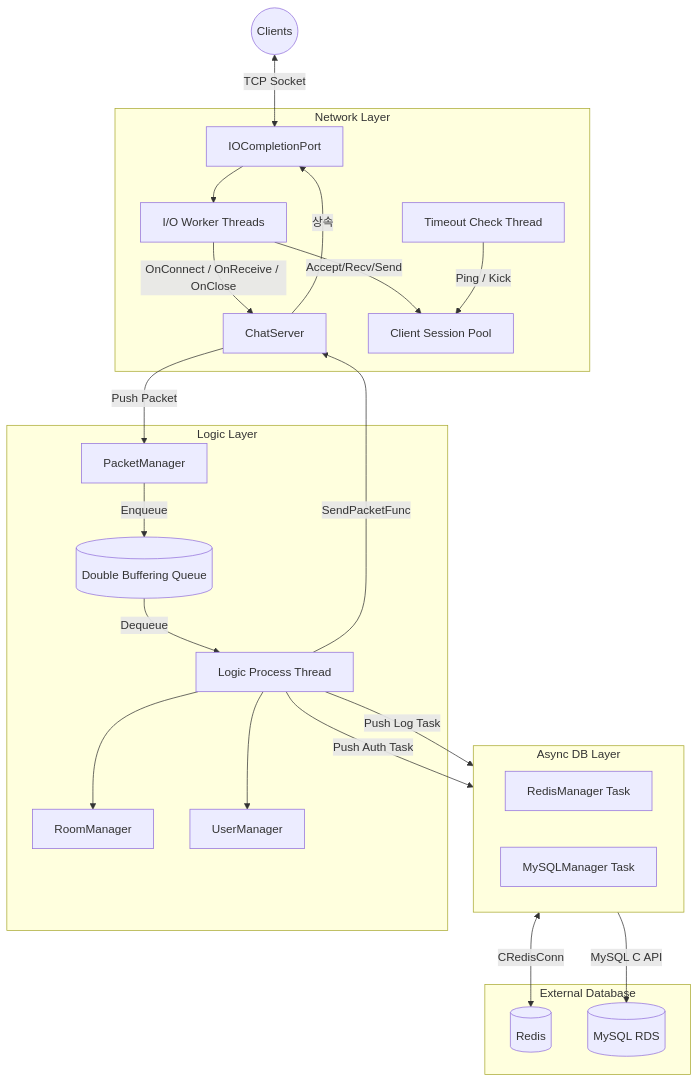
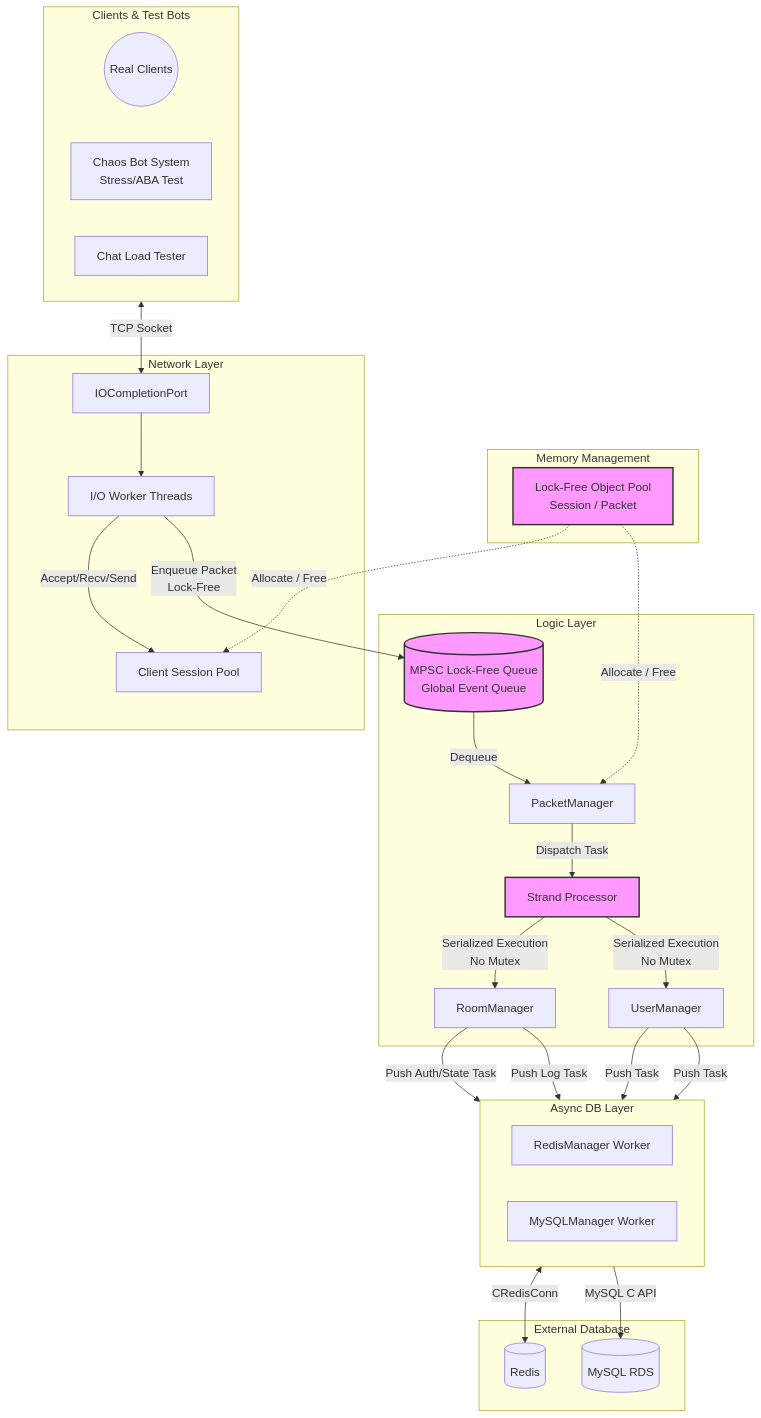
The third of 3 diagrams in README.md (kanghyoungwoo/IOCP), drawn with Mermaid before and after one commit.

Commit message:
아키텍

````diff
--- a/README.md
+++ b/README.md
@@ -322,58 +322,69 @@
 ```mermaid
 graph TD
-    %% 외부 클라이언트
-    Clients((Clients))
+    %% 외부 클라이언트 및 테스트 시스템
+    subgraph External_Clients [Clients & Test Bots]
+        Clients((Real Clients))
+        ChaosBot[Chaos Bot System\nStress/ABA Test]
+        LoadTester[Chat Load Tester]
+    end
+
+    %% 메모리 풀 레이어 (전역)
+    subgraph Memory_Layer [Memory Management]
+        MemPool[Lock-Free Object Pool\nSession / Packet]
+    end
 
     %% 네트워크 레이어 (IOCP)
     subgraph Network_Layer [Network Layer]
         IOCP[IOCompletionPort]
-        ChatServer[ChatServer]
         WorkerThreads[I/O Worker Threads]
         SessionPool[Client Session Pool]
-        TimeoutThread[Timeout Check Thread]
-
-        ChatServer -- 상속 --> IOCP
+        
         IOCP --> WorkerThreads
         WorkerThreads -->|Accept/Recv/Send| SessionPool
-        TimeoutThread -->|Ping / Kick| SessionPool
     end
 
-    %% 로직 레이어 (Packet Manager)
+    %% 로직 레이어 (Strand & Lock-Free)
     subgraph Logic_Layer [Logic Layer]
         PacketManager[PacketManager]
-        DoubleBuffer[(Double Buffering Queue)]
-        ProcessThread[Logic Process Thread]
+        GlobalQueue[(MPSC Lock-Free Queue\nGlobal Event Queue)]
+        StrandProcessor[Strand Processor]
         RoomMgr[RoomManager]
         UserMgr[UserManager]
 
-        PacketManager -->|Enqueue| DoubleBuffer
-        DoubleBuffer -->|Dequeue| ProcessThread
-        ProcessThread --> RoomMgr
-        ProcessThread --> UserMgr
+        WorkerThreads -->|Enqueue Packet\nLock-Free| GlobalQueue
+        GlobalQueue -->|Dequeue| PacketManager
+        PacketManager -->|Dispatch Task| StrandProcessor
+        StrandProcessor -->|Serialized Execution\nNo Mutex| RoomMgr
+        StrandProcessor -->|Serialized Execution\nNo Mutex| UserMgr
     end
 
     %% 비동기 DB 레이어
     subgraph DB_Layer [Async DB Layer]
         direction LR
-        RedisMgr[RedisManager Task]
-        MySQLMgr[MySQLManager Task]
+        RedisMgr[RedisManager Worker]
+        MySQLMgr[MySQLManager Worker]
     end
 
     %% 외부 데이터베이스
     subgraph External_Database [External Database]
         Redis[(Redis)]
         MySQL[(MySQL RDS)]
     end
 
     %% 흐름 연결
-    Clients <-->|TCP Socket| IOCP
-    WorkerThreads -->|OnConnect / OnReceive / OnClose| ChatServer
-    ChatServer -->|Push Packet| PacketManager
-    ProcessThread -->|SendPacketFunc| ChatServer
+    External_Clients <-->|TCP Socket| IOCP
+    
+    MemPool -.->|Allocate / Free| SessionPool
+    MemPool -.->|Allocate / Free| PacketManager
 
-    ProcessThread -->|Push Auth Task| RedisMgr
-    ProcessThread -->|Push Log Task| MySQLMgr
+    RoomMgr -->|Push Auth/State Task| RedisMgr
+    RoomMgr -->|Push Log Task| MySQLMgr
+    UserMgr -->|Push Task| RedisMgr
+    UserMgr -->|Push Task| MySQLMgr
 
     RedisMgr <-->|CRedisConn| Redis
     MySQLMgr -->|MySQL C API| MySQL
+
+    classDef core fill:#f9f,stroke:#333,stroke-width:2px;
+    class StrandProcessor,GlobalQueue,MemPool core;
 ```
````
